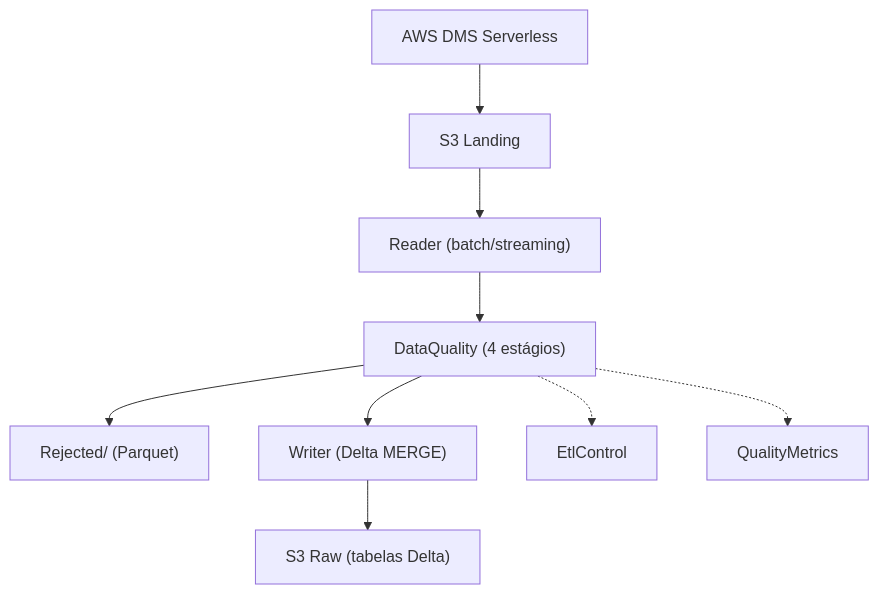
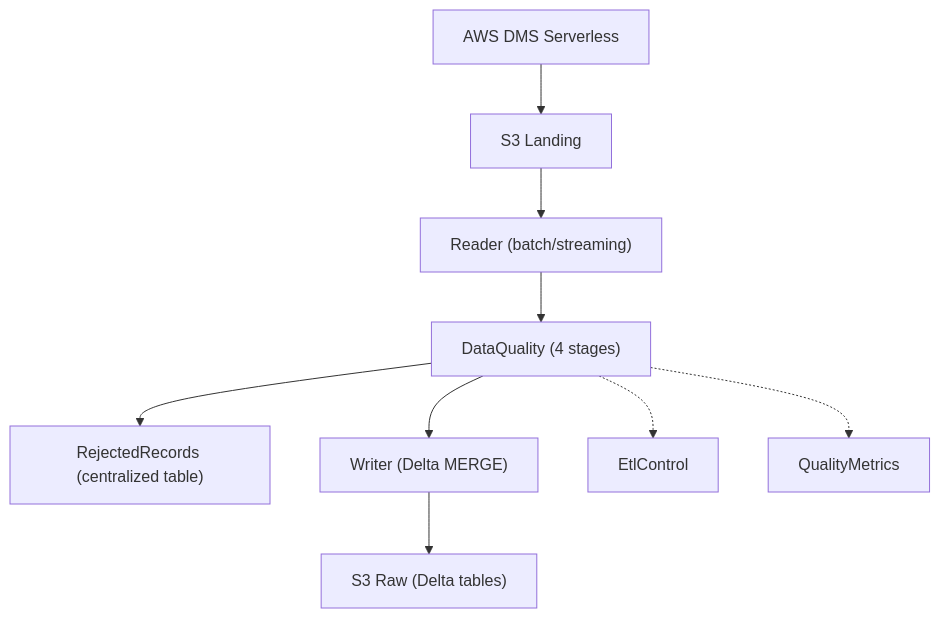
One commit to jamilvilela/aws-streaming-flight-radar-glue changed the diagram in docs-sdd/prd.md. Above: the diagram before and after it, drawn with Mermaid. The commit also changed other lines of this file and 27 other files, not shown here.

````diff
--- a/docs-sdd/prd.md
+++ b/docs-sdd/prd.md
@@ -116,21 +124,21 @@
 ```mermaid
 flowchart TD
     DMS["AWS DMS Serverless"]
     LAND["S3 Landing"]
     READER["Reader (batch/streaming)"]
-    DQ["DataQuality (4 estágios)"]
-    REJ["Rejected/ (Parquet)"]
+    DQ["DataQuality (4 stages)"]
+    REJ["RejectedRecords (centralized table)"]
     WRITER["Writer (Delta MERGE)"]
-    RAW["S3 Raw (tabelas Delta)"]
+    RAW["S3 Raw (Delta tables)"]
     ETL["EtlControl"]
     QM["QualityMetrics"]
 
     DMS --> LAND
     LAND --> READER
     READER --> DQ
     DQ --> REJ
     DQ --> WRITER
     WRITER --> RAW
     DQ -.-> ETL
     DQ -.-> QM
 ```
````
